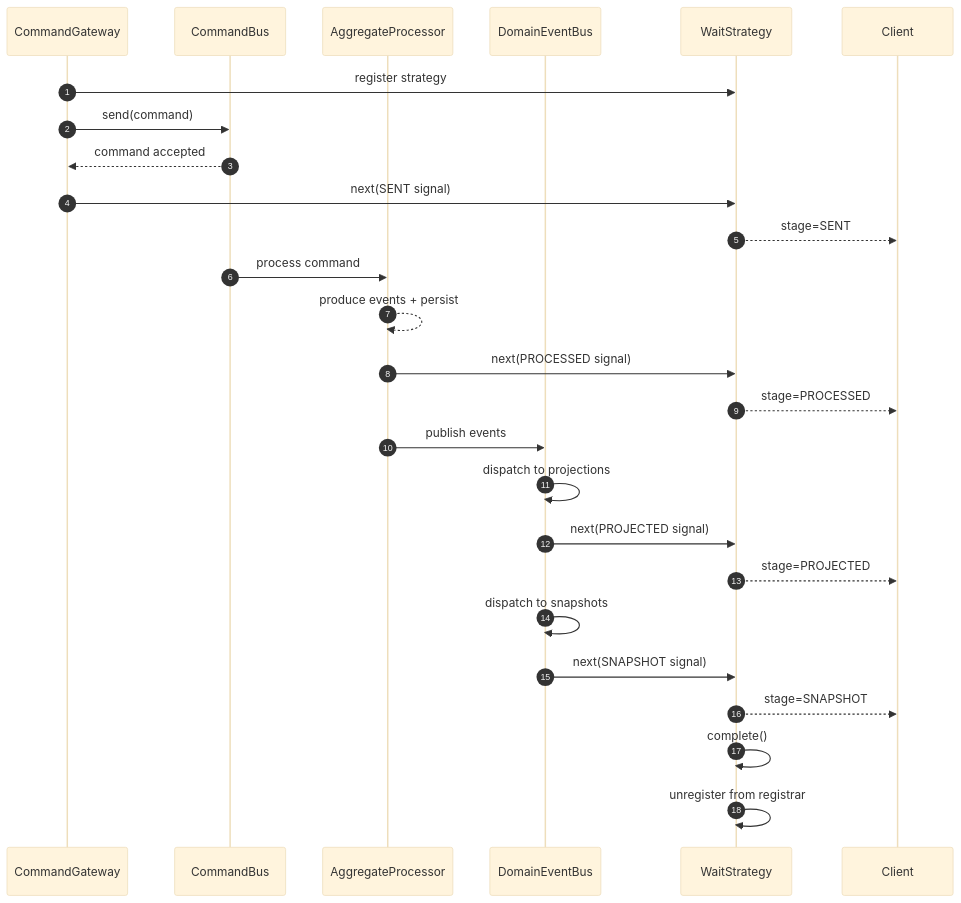
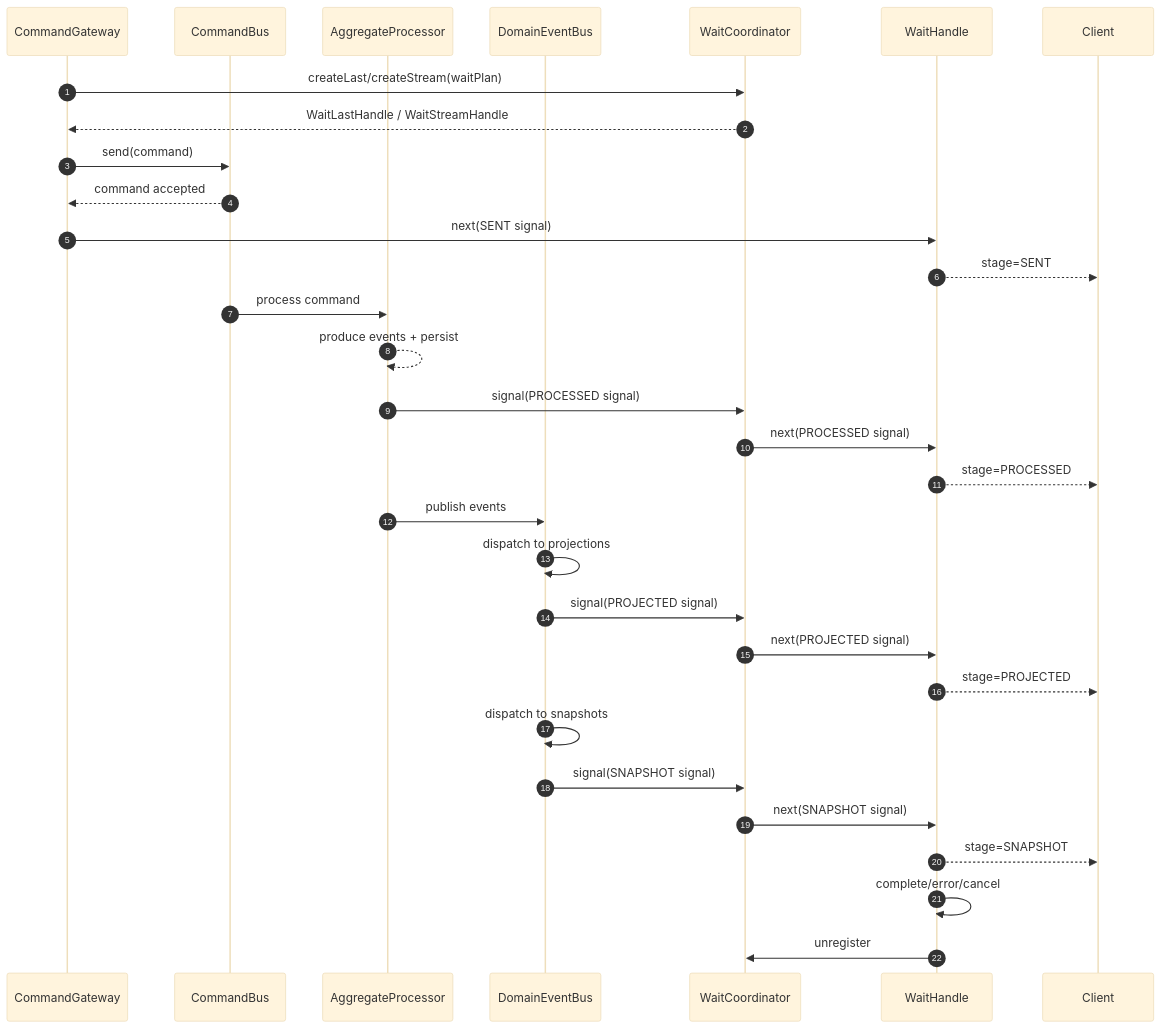
The eighth of 10 diagrams in documentation/docs/en/guide/advanced/data-flow.md (Ahoo-Wang/Wow), drawn with Mermaid (base theme) before and after one commit. The commit also changed other lines of this file and 155 other files, not shown here.

````diff
--- a/documentation/docs/en/guide/advanced/data-flow.md
+++ b/documentation/docs/en/guide/advanced/data-flow.md
@@ -339,35 +339,40 @@
 ```mermaid
 sequenceDiagram
     autonumber
     participant CG as CommandGateway
     participant CB as CommandBus
     participant AP as AggregateProcessor
     participant DEB as DomainEventBus
-    participant WS as WaitStrategy
+    participant WC as WaitCoordinator
+    participant WH as WaitHandle
     participant Client
 
-    CG->>WS: register strategy
+    CG->>WC: createLast/createStream(waitPlan)
+    WC-->>CG: WaitLastHandle / WaitStreamHandle
     CG->>CB: send(command)
     CB-->>CG: command accepted
-    CG->>WS: next(SENT signal)
-    WS-->>Client: stage=SENT
+    CG->>WH: next(SENT signal)
+    WH-->>Client: stage=SENT
 
     CB->>AP: process command
     AP-->>AP: produce events + persist
-    AP->>WS: next(PROCESSED signal)
-    WS-->>Client: stage=PROCESSED
+    AP->>WC: signal(PROCESSED signal)
+    WC->>WH: next(PROCESSED signal)
+    WH-->>Client: stage=PROCESSED
 
     AP->>DEB: publish events
     DEB->>DEB: dispatch to projections
-    DEB->>WS: next(PROJECTED signal)
-    WS-->>Client: stage=PROJECTED
+    DEB->>WC: signal(PROJECTED signal)
+    WC->>WH: next(PROJECTED signal)
+    WH-->>Client: stage=PROJECTED
 
     DEB->>DEB: dispatch to snapshots
-    DEB->>WS: next(SNAPSHOT signal)
-    WS-->>Client: stage=SNAPSHOT
+    DEB->>WC: signal(SNAPSHOT signal)
+    WC->>WH: next(SNAPSHOT signal)
+    WH-->>Client: stage=SNAPSHOT
 
-    WS->>WS: complete()
-    WS->>WS: unregister from registrar
+    WH->>WH: complete/error/cancel
+    WH->>WC: unregister
 
 
 ```
````
